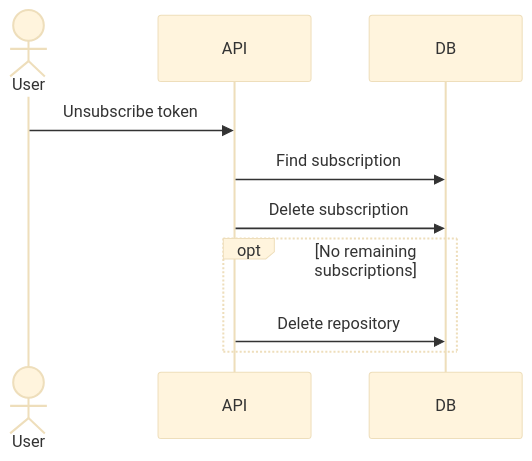
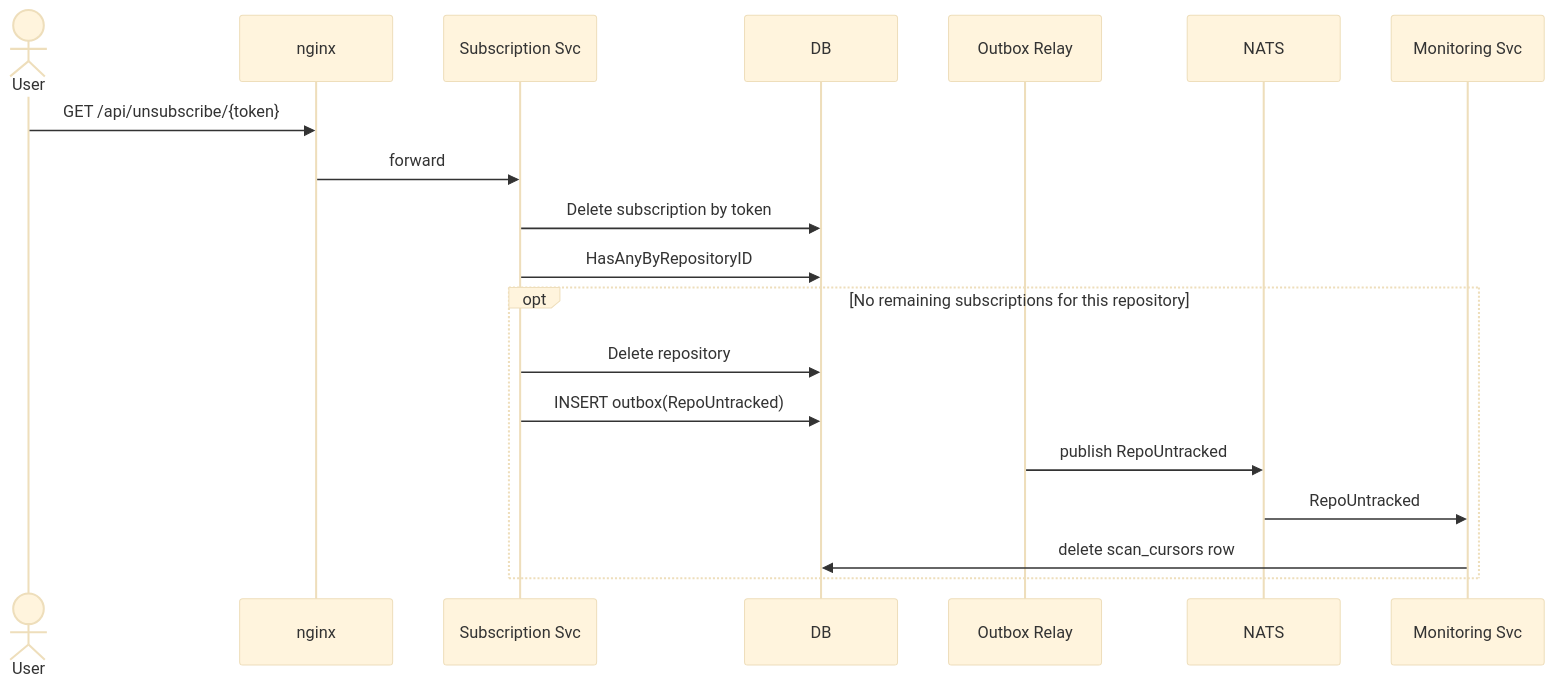
Before and after one commit to GenesisEducationKyiv/software-engineering-school-6-0-RodionShapoval5758: the third of 6 diagrams in docs/SDD.md, drawn with Mermaid (base theme). The commit also changed other lines of this file and 173 other files, not shown here.

First line of the commit message:
refactor: decompose monolith into subscription and monitoring services

````diff
--- a/docs/SDD.md
+++ b/docs/SDD.md
@@ -106,13 +170,22 @@
 ```mermaid
 sequenceDiagram
     actor User
-    participant API
+    participant nginx
+    participant Sub as Subscription Svc
     participant DB
+    participant Relay as Outbox Relay
+    participant NATS
+    participant Mon as Monitoring Svc
 
-    User->>API: Unsubscribe token
-    API->>DB: Find subscription
-    API->>DB: Delete subscription
-    opt No remaining subscriptions
-        API->>DB: Delete repository
+    User->>nginx: GET /api/unsubscribe/{token}
+    nginx->>Sub: forward
+    Sub->>DB: Delete subscription by token
+    Sub->>DB: HasAnyByRepositoryID
+    opt No remaining subscriptions for this repository
+        Sub->>DB: Delete repository
+        Sub->>DB: INSERT outbox(RepoUntracked)
+        Relay->>NATS: publish RepoUntracked
+        NATS->>Mon: RepoUntracked
+        Mon->>DB: delete scan_cursors row
     end
 ```
````
